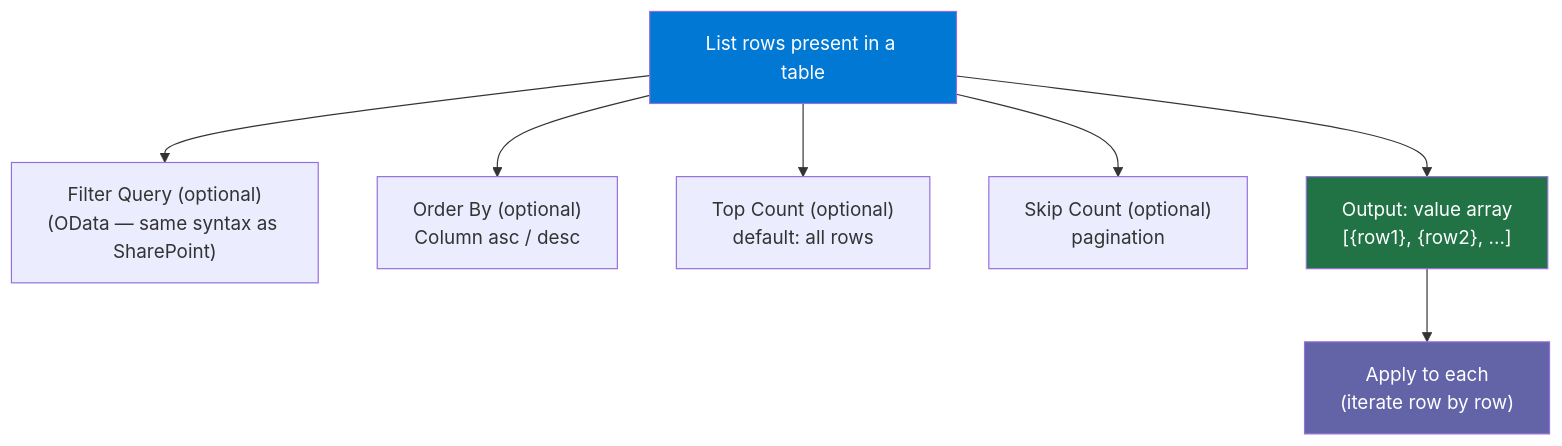
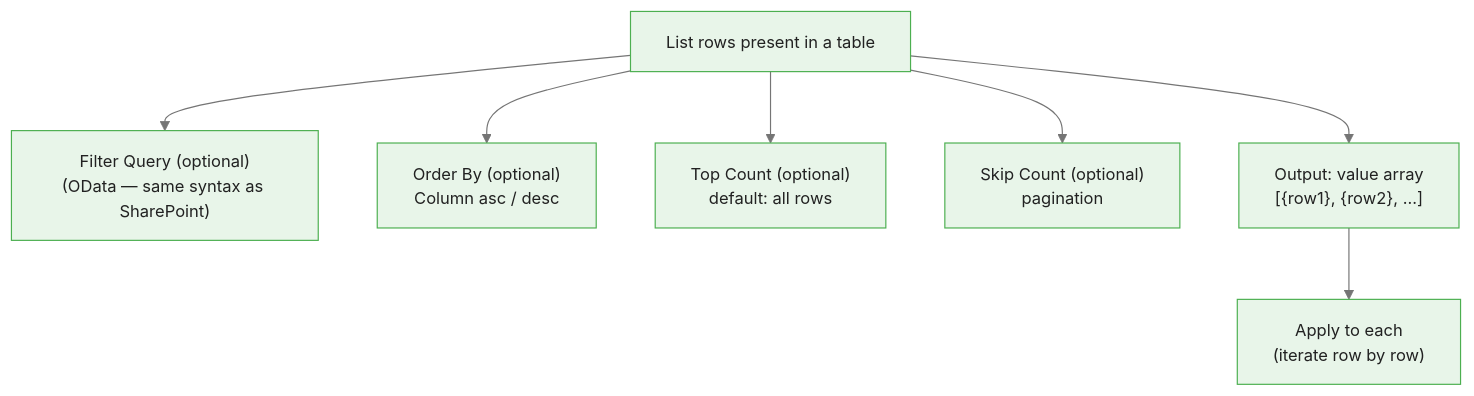
Before and after one commit to m-deane/course-creator: the third of 7 diagrams in courses/power-automate/modules/module_05_sharepoint_excel/guides/02_excel_integration_slides.md, drawn with Mermaid. The commit also changed other lines of this file and 72 other files, not shown here.

````diff
--- a/courses/power-automate/modules/module_05_sharepoint_excel/guides/02_excel_integration_slides.md
+++ b/courses/power-automate/modules/module_05_sharepoint_excel/guides/02_excel_integration_slides.md
@@ -80,13 +89,11 @@
 ```mermaid
+%%{init: {"theme": "base", "themeVariables": {"primaryColor": "#e8f5e9", "primaryBorderColor": "#4caf50", "primaryTextColor": "#212121", "secondaryColor": "#e3f2fd", "tertiaryColor": "#fff8e1", "lineColor": "#757575", "fontFamily": "Inter, sans-serif", "fontSize": "14px"}}}%%
 graph TD
     LR["List rows present in a table"]
     LR --> FQ["Filter Query (optional)\n(OData — same syntax as SharePoint)"]
     LR --> OB["Order By (optional)\nColumn asc / desc"]
     LR --> TC["Top Count (optional)\ndefault: all rows"]
     LR --> SK["Skip Count (optional)\npagination"]
     LR --> VA["Output: value array\n[{row1}, {row2}, ...]"]
     VA --> AE["Apply to each\n(iterate row by row)"]
-    style LR fill:#0078D4,color:#fff
-    style VA fill:#217346,color:#fff
-    style AE fill:#6264A7,color:#fff
 ```
````
